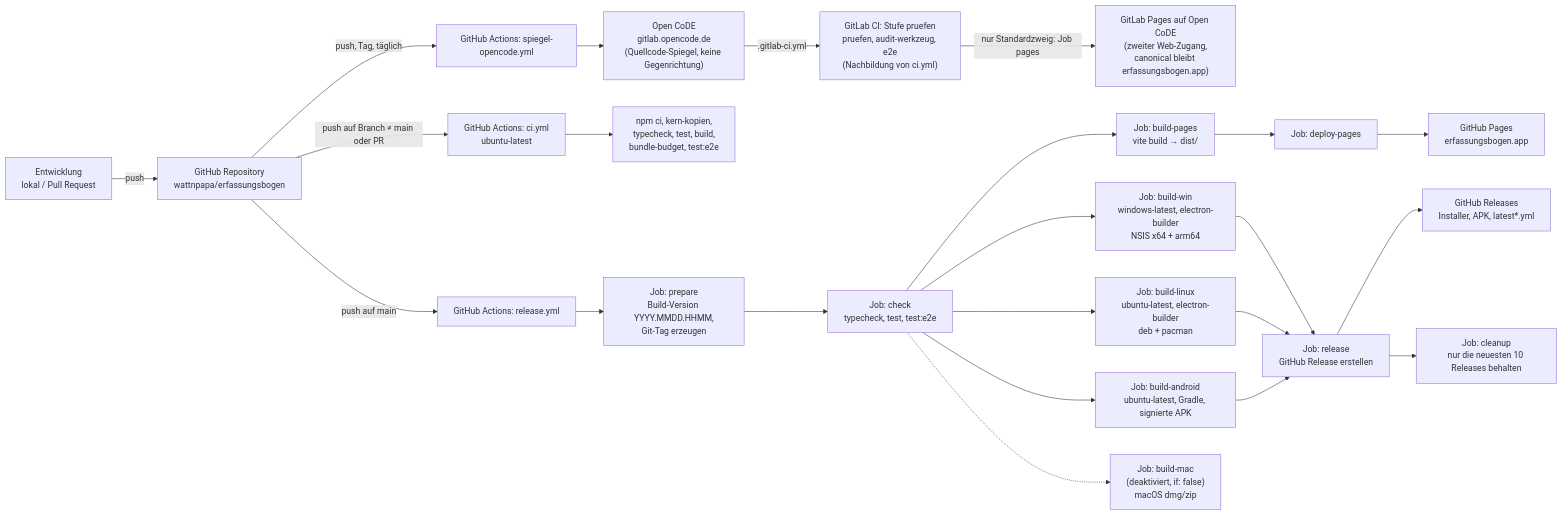
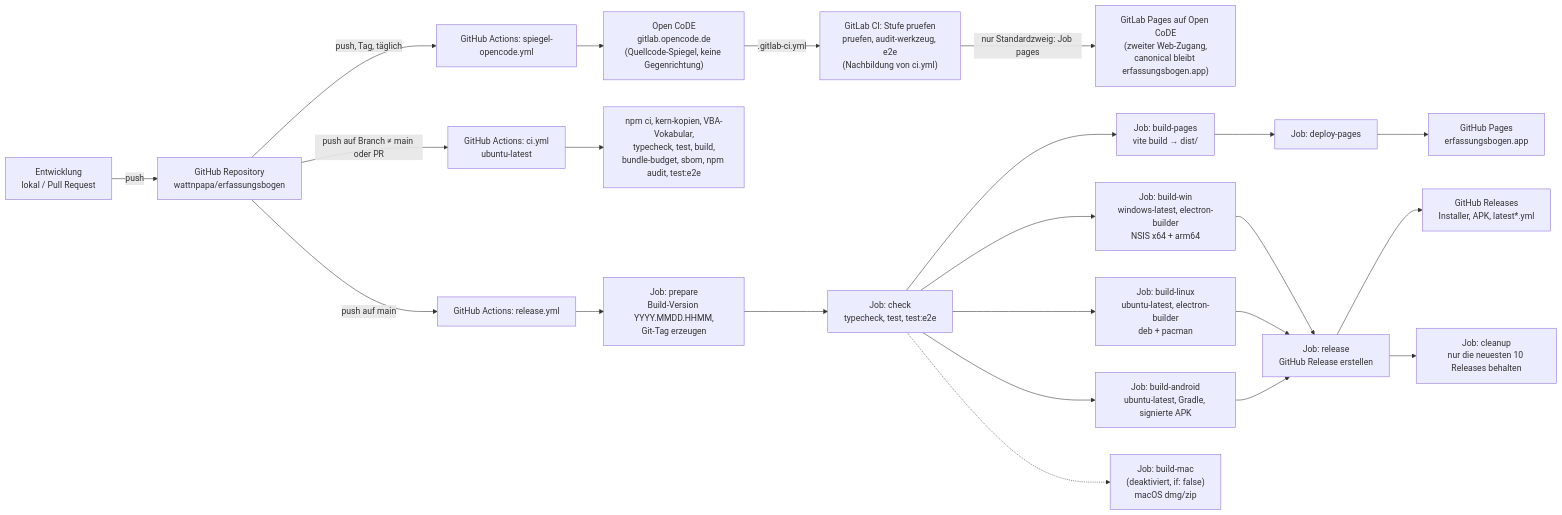
Before and after one commit to wattnpapa/erfassungsbogen: the tenth of 12 diagrams in docs/arc42-architektur.md, drawn with Mermaid. The commit also changed other lines of this file, not shown here.

````diff
--- a/docs/arc42-architektur.md
+++ b/docs/arc42-architektur.md
@@ -1729,24 +1125,24 @@
 ```mermaid
 flowchart LR
   Dev["Entwicklung<br/>lokal / Pull Request"] -->|push| Repo["GitHub Repository<br/>wattnpapa/erfassungsbogen"]
   Repo -->|"push, Tag, täglich"| Spiegel["GitHub Actions: spiegel-opencode.yml"]
   Spiegel --> OC["Open CoDE<br/>gitlab.opencode.de<br/>(Quellcode-Spiegel, keine Gegenrichtung)"]
   OC -->|".gitlab-ci.yml"| OCC["GitLab CI: Stufe pruefen<br/>pruefen, audit-werkzeug, e2e<br/>(Nachbildung von ci.yml)"]
   OCC -->|"nur Standardzweig: Job pages"| OCP["GitLab Pages auf Open CoDE<br/>(zweiter Web-Zugang,<br/>canonical bleibt erfassungsbogen.app)"]
   Repo -->|"push auf Branch ≠ main oder PR"| CI["GitHub Actions: ci.yml<br/>ubuntu-latest"]
-  CI --> CIS["npm ci, kern-kopien,<br/>typecheck, test, build,<br/>bundle-budget, test:e2e"]
+  CI --> CIS["npm ci, kern-kopien, VBA-Vokabular,<br/>typecheck, test, build,<br/>bundle-budget, sbom, npm audit, test:e2e"]
   Repo -->|"push auf main"| REL["GitHub Actions: release.yml"]
   REL --> Prep["Job: prepare<br/>Build-Version YYYY.MMDD.HHMM,<br/>Git-Tag erzeugen"]
   Prep --> Check["Job: check<br/>typecheck, test, test:e2e"]
   Check --> Pages["Job: build-pages<br/>vite build → dist/"]
   Pages --> Deploy["Job: deploy-pages"] --> GHP["GitHub Pages<br/>erfassungsbogen.app"]
   Check --> Win["Job: build-win<br/>windows-latest, electron-builder<br/>NSIS x64 + arm64"]
   Check --> Linux["Job: build-linux<br/>ubuntu-latest, electron-builder<br/>deb + pacman"]
   Check --> Android["Job: build-android<br/>ubuntu-latest, Gradle, signierte APK"]
   Check -.-> Mac["Job: build-mac<br/>(deaktiviert, if: false)<br/>macOS dmg/zip"]
   Win --> Release["Job: release<br/>GitHub Release erstellen"]
   Linux --> Release
   Android --> Release
   Release --> GHR["GitHub Releases<br/>Installer, APK, latest*.yml"]
   Release --> Cleanup["Job: cleanup<br/>nur die neuesten 10 Releases behalten"]
 ```
````
